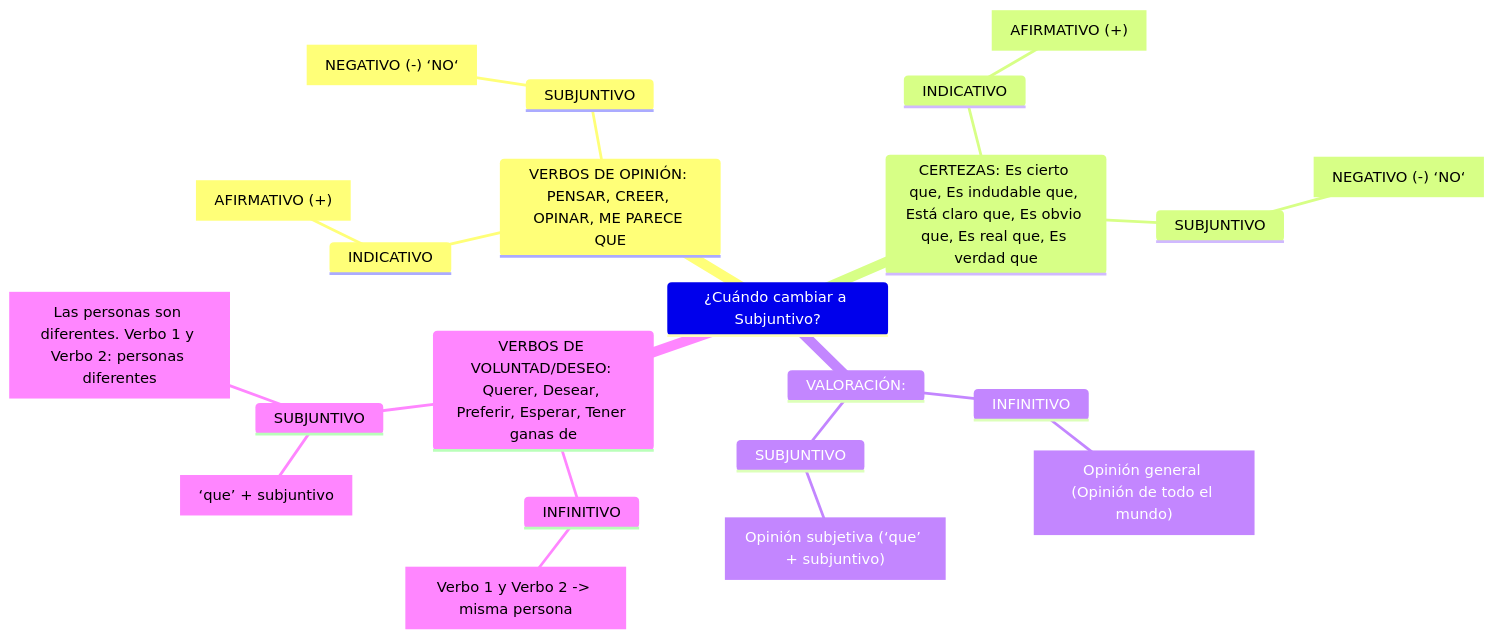
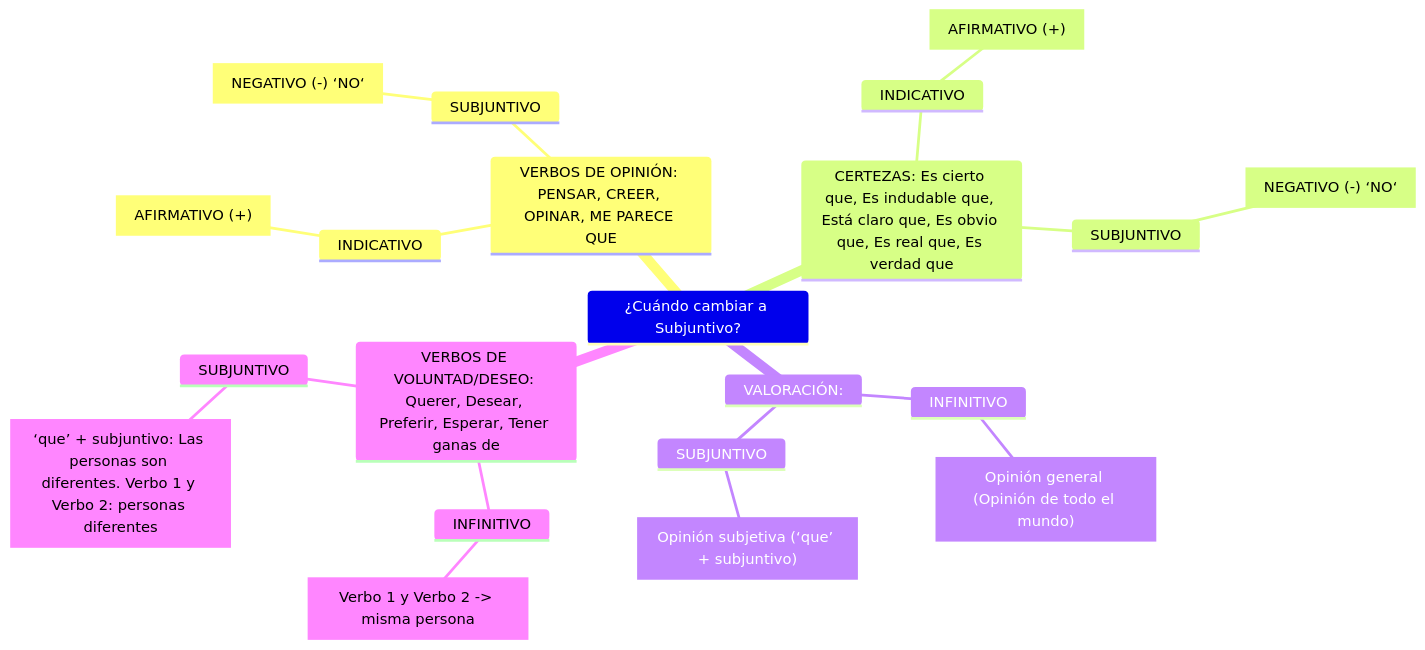
One commit to bibenga/docker-django-play changed the second of 2 diagrams in test.md. Above: the diagram before and after it, drawn with Mermaid.

````diff
--- a/test.md
+++ b/test.md
@@ -16,26 +16,25 @@
 ```mermaid
 mindmap
 ¿Cuándo cambiar a Subjuntivo?
     VERBOS DE OPINIÓN: PENSAR, CREER, OPINAR, ME PARECE QUE
         INDICATIVO
             ["AFIRMATIVO (+)"]
         SUBJUNTIVO
             ["NEGATIVO (-) ‘NO‘"]
     CERTEZAS: Es cierto que, Es indudable que, Está claro que, Es obvio que, Es real que, Es verdad que
         INDICATIVO
             ["AFIRMATIVO (+)"]
         SUBJUNTIVO
             ["NEGATIVO (-) ‘NO‘"]
     VALORACIÓN:
         INFINITIVO
             ["Opinión general (Opinión de todo el mundo)"]
         SUBJUNTIVO
             ["Opinión subjetiva (‘que’ + subjuntivo)"]
     VERBOS DE VOLUNTAD/DESEO: Querer, Desear, Preferir, Esperar, Tener ganas de
         INFINITIVO
             ["Verbo 1 y Verbo 2 -> misma persona"]
         SUBJUNTIVO
-            ["‘que’ + subjuntivo"]
-            ["Las personas son diferentes. Verbo 1 y Verbo 2: personas diferentes"]
+            ["‘que’ + subjuntivo: Las personas son diferentes. Verbo 1 y Verbo 2: personas diferentes"]
         
 ```
````
